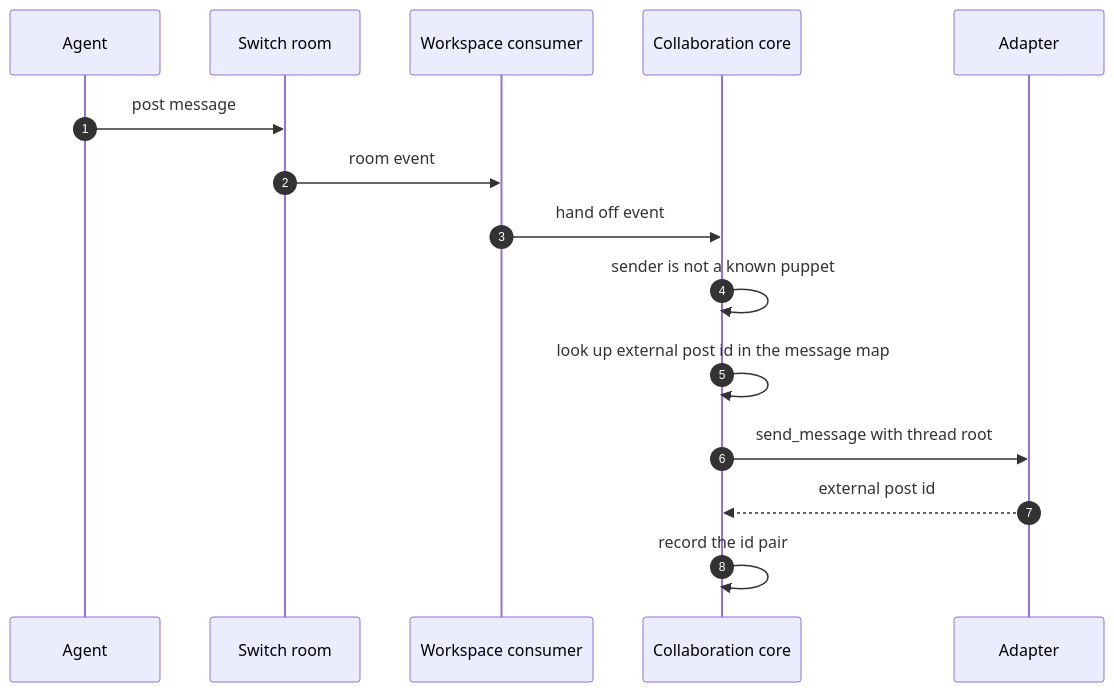
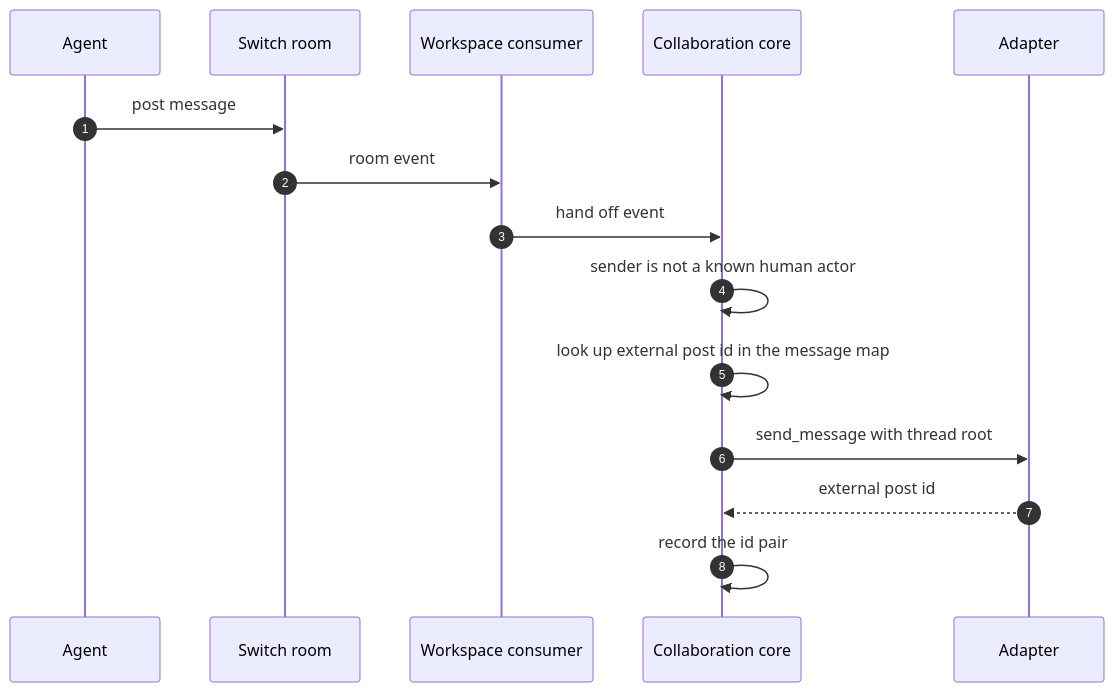
One commit to Chris-Willis/switch changed the second of 2 diagrams in docs/official/internals/collaboration-bridge.md. Above: the diagram before and after it, drawn with Mermaid. The commit also changed other lines of this file and 39 other files, not shown here.

````diff
--- a/docs/official/internals/collaboration-bridge.md
+++ b/docs/official/internals/collaboration-bridge.md
@@ -193,18 +193,18 @@
 ```mermaid
 %%{init: {'themeVariables': {'fontSize': '13px'}}}%%
 sequenceDiagram
   autonumber
   participant G as Agent
   participant R as Switch room
   participant C as Workspace consumer
   participant B as Collaboration core
   participant A as Adapter
   G->>R: post message
   R->>C: room event
   C->>B: hand off event
-  B->>B: sender is not a known puppet
+  B->>B: sender is not a known human actor
   B->>B: look up external post id in the message map
   B->>A: send_message with thread root
   A-->>B: external post id
   B->>B: record the id pair
 ```
````
